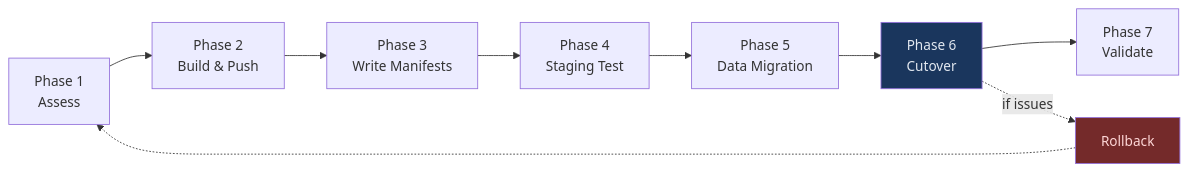
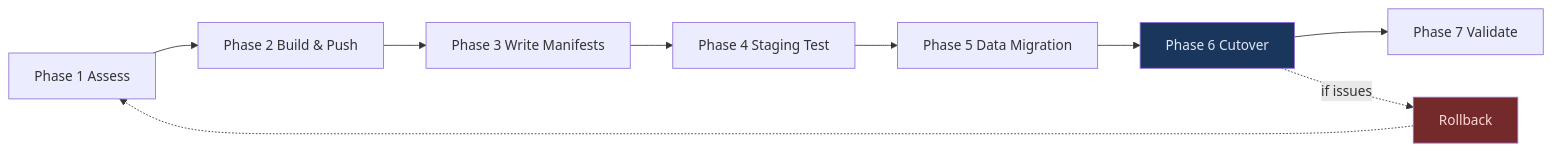
The first of 6 diagrams in 16_podman_to_k3s/04_migration_walkthrough.md (UncleJS/course_k3s), drawn with Mermaid before and after one commit. The commit also changed other lines of this file and 57 other files, not shown here.

````diff
--- a/16_podman_to_k3s/04_migration_walkthrough.md
+++ b/16_podman_to_k3s/04_migration_walkthrough.md
@@ -35,14 +35,14 @@
 ```mermaid
 flowchart LR
-    P1[Phase 1\nAssess] --> P2[Phase 2\nBuild & Push]
-    P2 --> P3[Phase 3\nWrite Manifests]
-    P3 --> P4[Phase 4\nStaging Test]
-    P4 --> P5[Phase 5\nData Migration]
-    P5 --> P6[Phase 6\nCutover]
-    P6 --> P7[Phase 7\nValidate]
+    P1[Phase 1 Assess] --> P2[Phase 2 Build & Push]
+    P2 --> P3[Phase 3 Write Manifests]
+    P3 --> P4[Phase 4 Staging Test]
+    P4 --> P5[Phase 5 Data Migration]
+    P5 --> P6[Phase 6 Cutover]
+    P6 --> P7[Phase 7 Validate]
     P6 -.->|if issues| RB[Rollback]
     RB -.-> P1
 
     style RB fill:#742a2a,color:#fed7d7
     style P6 fill:#1a365d,color:#e2e8f0
 ```
````
